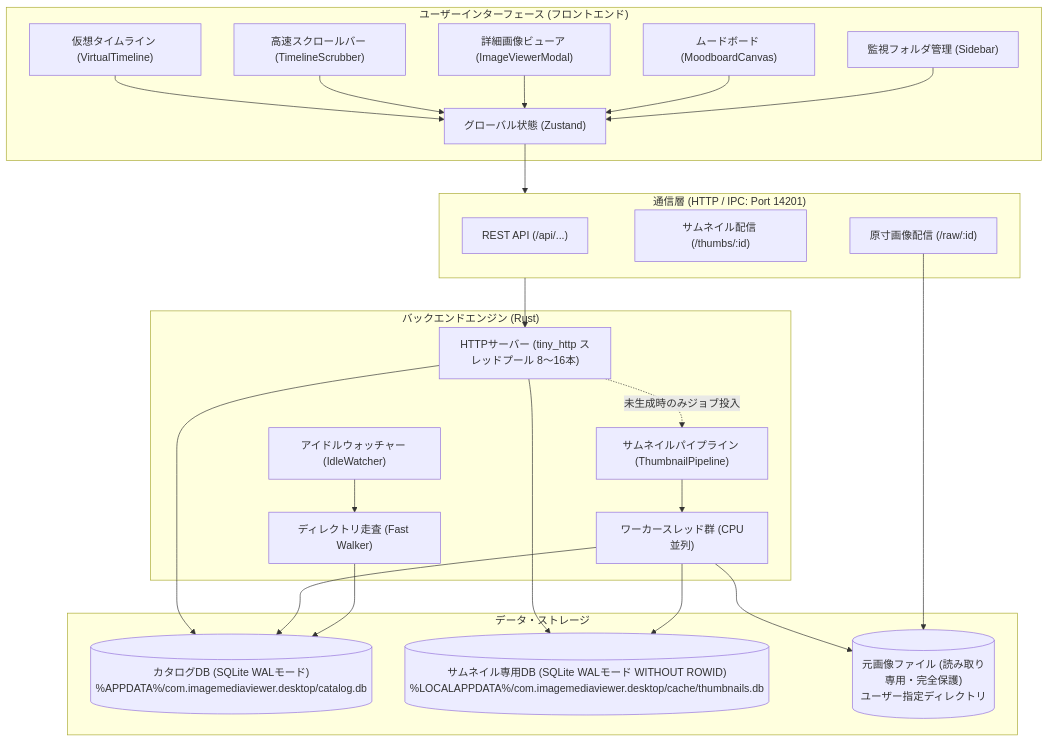
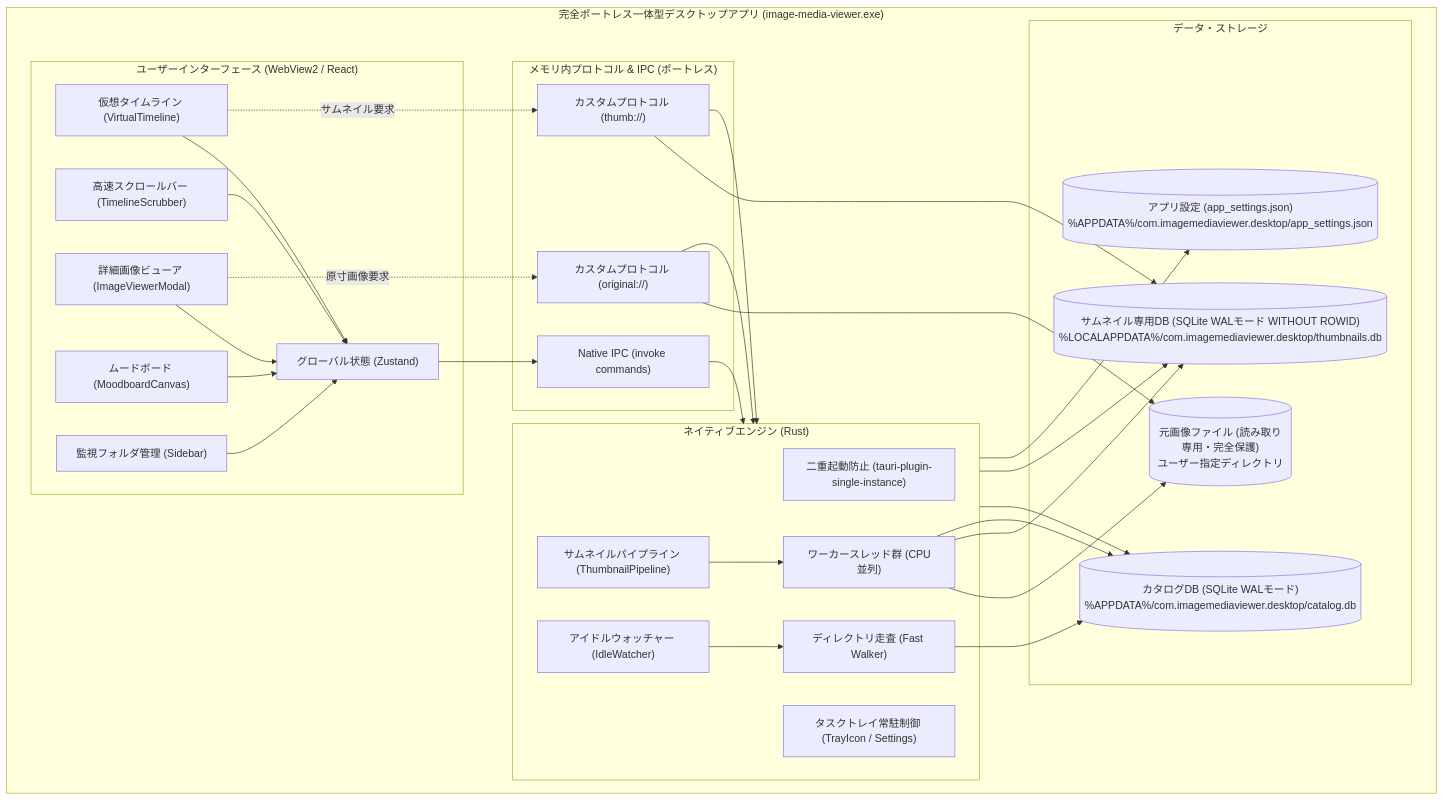
One commit to irinanpic/ImageMediaViewer changed the first of 4 diagrams in docs/DESIGN.md. Above: the diagram before and after it, drawn with Mermaid. The commit also changed other lines of this file and 19 other files, not shown here.

````diff
--- a/docs/DESIGN.md
+++ b/docs/DESIGN.md
@@ -11,51 +11,61 @@
 ```mermaid
 flowchart TD
-    subgraph UI ["ユーザーインターフェース (フロントエンド)"]
-        Timeline["仮想タイムライン (VirtualTimeline)"]
-        Scrubber["高速スクロールバー (TimelineScrubber)"]
-        Viewer["詳細画像ビューア (ImageViewerModal)"]
-        Board["ムードボード (MoodboardCanvas)"]
-        Sidebar["監視フォルダ管理 (Sidebar)"]
-        Store["グローバル状態 (Zustand)"]
-    end
+    subgraph App ["完全ポートレス一体型デスクトップアプリ (image-media-viewer.exe)"]
+        subgraph UI ["ユーザーインターフェース (WebView2 / React)"]
+            Timeline["仮想タイムライン (VirtualTimeline)"]
+            Scrubber["高速スクロールバー (TimelineScrubber)"]
+            Viewer["詳細画像ビューア (ImageViewerModal)"]
+            Board["ムードボード (MoodboardCanvas)"]
+            Sidebar["監視フォルダ管理 (Sidebar)"]
+            Store["グローバル状態 (Zustand)"]
+        end
 
-    subgraph Transport ["通信層 (HTTP / IPC: Port 14201)"]
-        API["REST API (/api/...)"]
-        ThumbRoute["サムネイル配信 (/thumbs/:id)"]
-        RawRoute["原寸画像配信 (/raw/:id)"]
-    end
+        subgraph Transport ["メモリ内プロトコル & IPC (ポートレス)"]
+            IPC["Native IPC (invoke commands)"]
+            ThumbProtocol["カスタムプロトコル (thumb://)"]
+            OrigProtocol["カスタムプロトコル (original://)"]
+        end
 
-    subgraph Backend ["バックエンドエンジン (Rust)"]
-        Server["HTTPサーバー (tiny_http スレッドプール 8〜16本)"]
-        Pipeline["サムネイルパイプライン (ThumbnailPipeline)"]
-        WorkerPool["ワーカースレッド群 (CPU並列)"]
-        Watcher["アイドルウォッチャー (IdleWatcher)"]
-        Scanner["ディレクトリ走査 (Fast Walker)"]
-    end
+        subgraph Core ["ネイティブエンジン (Rust)"]
+            SingleInstance["二重起動防止 (tauri-plugin-single-instance)"]
+            Tray["タスクトレイ常駐制御 (TrayIcon / Settings)"]
+            Pipeline["サムネイルパイプライン (ThumbnailPipeline)"]
+            WorkerPool["ワーカースレッド群 (CPU並列)"]
+            Watcher["アイドルウォッチャー (IdleWatcher)"]
+            Scanner["ディレクトリ走査 (Fast Walker)"]
+        end
 
-    subgraph Storage ["データ・ストレージ"]
-        DB[("カタログDB (SQLite WALモード)\n%APPDATA%/com.imagemediaviewer.desktop/catalog.db")]
-        ThumbDB[("サムネイル専用DB (SQLite WALモード WITHOUT ROWID)\n%LOCALAPPDATA%/com.imagemediaviewer.desktop/cache/thumbnails.db")]
-        OriginalFiles[("元画像ファイル (読み取り専用・完全保護)\nユーザー指定ディレクトリ")]
+        subgraph Storage ["データ・ストレージ"]
+            DB[("カタログDB (SQLite WALモード)\n%APPDATA%/com.imagemediaviewer.desktop/catalog.db")]
+            ThumbDB[("サムネイル専用DB (SQLite WALモード WITHOUT ROWID)\n%LOCALAPPDATA%/com.imagemediaviewer.desktop/thumbnails.db")]
+            OriginalFiles[("元画像ファイル (読み取り専用・完全保護)\nユーザー指定ディレクトリ")]
+            SettingsFile[("アプリ設定 (app_settings.json)\n%APPDATA%/com.imagemediaviewer.desktop/app_settings.json")]
+        end
     end
 
     Timeline --> Store
     Scrubber --> Store
     Viewer --> Store
     Board --> Store
     Sidebar --> Store
 
-    Store --> Transport
-    Transport --> Server
+    Store --> IPC
+    Timeline -. "サムネイル要求" .-> ThumbProtocol
+    Viewer -. "原寸画像要求" .-> OrigProtocol
 
-    Server --> DB
-    Server --> ThumbDB
-    Server -. "未生成時のみジョブ投入" .-> Pipeline
+    IPC --> Core
+    ThumbProtocol --> Core
+    OrigProtocol --> Core
+
+    Core --> DB
+    Core --> ThumbDB
+    Core --> SettingsFile
+    ThumbProtocol --> ThumbDB
+    OrigProtocol --> OriginalFiles
     Pipeline --> WorkerPool
     WorkerPool --> OriginalFiles
     WorkerPool --> ThumbDB
     WorkerPool --> DB
     Watcher --> Scanner
     Scanner --> DB
-    RawRoute --> OriginalFiles
 ```
````
